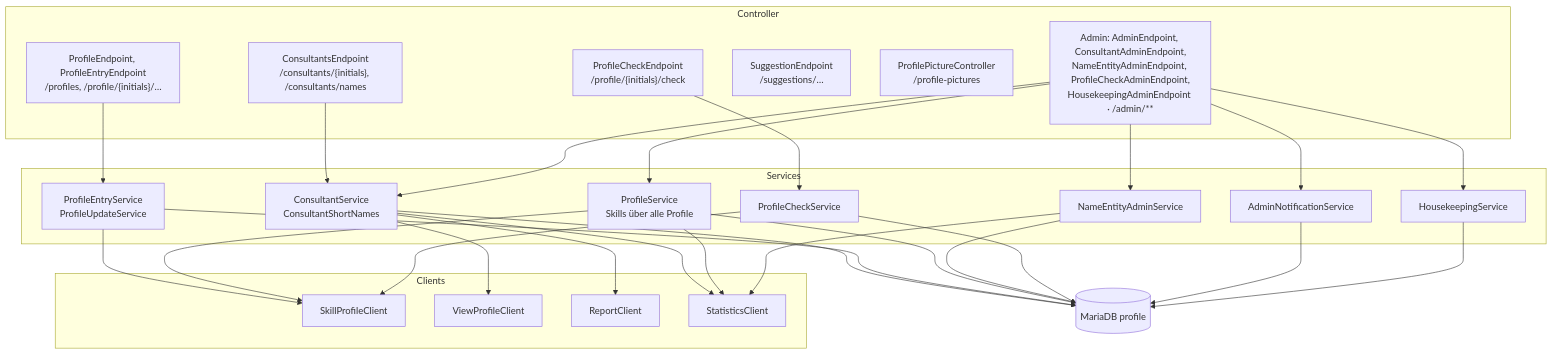
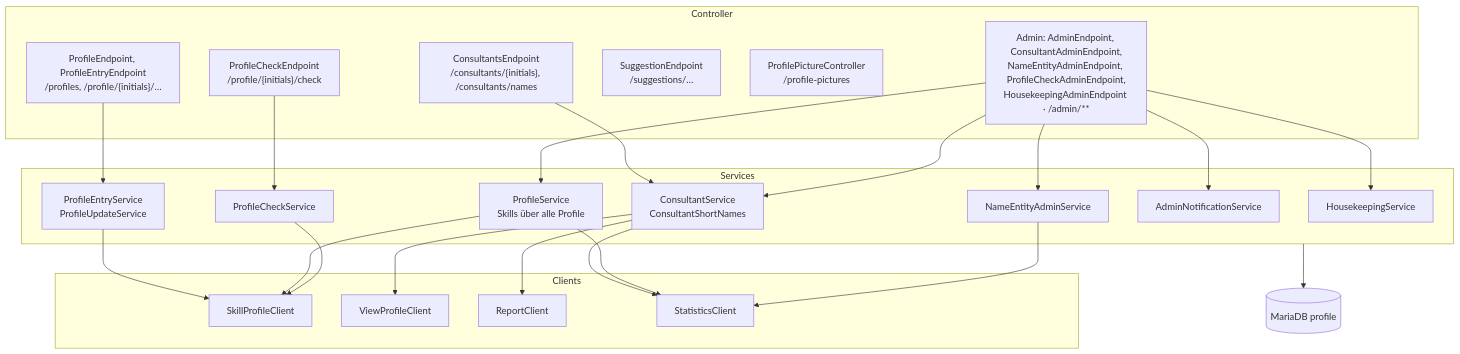
Before and after one commit to HBTGmbH/hbt-power: the third of 11 diagrams in docs/arc42/05-bausteinsicht.md, drawn with Mermaid. The commit also changed other lines of this file and 2 other files, not shown here.

Commit message:
#246 - Diagramme: Semikolons in Sequenzdiagrammen, Ebene 1 und Abhängigkeiten getrennt, Risikodiagramm entzerrt

````diff
--- a/docs/arc42/05-bausteinsicht.md
+++ b/docs/arc42/05-bausteinsicht.md
@@ -88,39 +81,39 @@
 ```mermaid
 flowchart TB
     subgraph Controller
         CE["ConsultantsEndpoint<br/>/consultants/{initials}, /consultants/names"]
         PE["ProfileEndpoint, ProfileEntryEndpoint<br/>/profiles, /profile/{initials}/…"]
         PC["ProfileCheckEndpoint<br/>/profile/{initials}/check"]
         SU["SuggestionEndpoint<br/>/suggestions/…"]
         PP["ProfilePictureController<br/>/profile-pictures"]
         AD["Admin: AdminEndpoint, ConsultantAdminEndpoint,<br/>NameEntityAdminEndpoint, ProfileCheckAdminEndpoint,<br/>HousekeepingAdminEndpoint · /admin/**"]
     end
     subgraph Services
         CS[ConsultantService<br/>ConsultantShortNames]
         PES[ProfileEntryService<br/>ProfileUpdateService]
         PS[ProfileService<br/>Skills über alle Profile]
         NE[NameEntityAdminService]
         CK[ProfileCheckService]
         AN[AdminNotificationService]
         HK[HousekeepingService]
     end
     subgraph Clients
         SPC[SkillProfileClient]
         VPC[ViewProfileClient]
         RC[ReportClient]
         STC[StatisticsClient]
     end
     DB[(MariaDB profile)]
 
     CE --> CS
     PE --> PES
     PC --> CK
     AD --> CS & PS & NE & AN & HK
     PES --> SPC
     PS --> SPC
     CK --> SPC
     CS --> VPC & RC & STC
     PS --> STC
     NE --> STC
-    CS & PES & PS & NE & CK & AN & HK --> DB
+    Services --> DB
 ```
````
